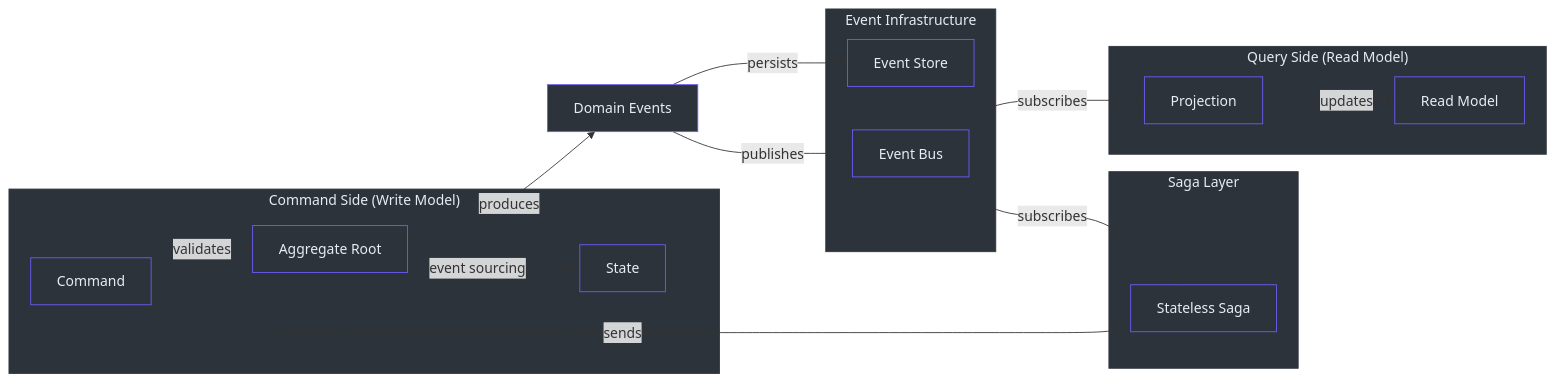
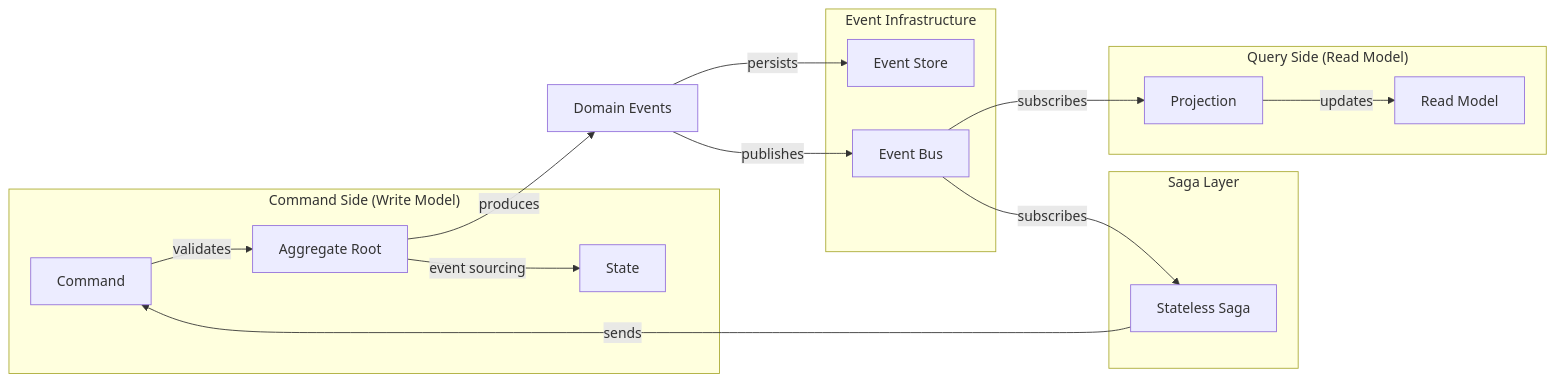
The first of 5 diagrams in documentation/docs/en/guide/core-concepts.md (Ahoo-Wang/Wow), drawn with Mermaid before and after one commit. The commit also changed 32 other files, not shown here.

Commit message:
docs: remove unsupported style/classDef directives from stateDiagram-v2 Mermaid blocks

````diff
--- a/documentation/docs/en/guide/core-concepts.md
+++ b/documentation/docs/en/guide/core-concepts.md
@@ -15,46 +15,33 @@
 ```mermaid
 graph LR
     subgraph Command_Side["Command Side (Write Model)"]
         CMD["Command"]
         AR["Aggregate Root"]
         STATE["State"]
     end
 
     subgraph Event_Layer["Event Infrastructure"]
         ES["Event Store"]
         EB["Event Bus"]
     end
 
     subgraph Query_Side["Query Side (Read Model)"]
         PROJ["Projection"]
         READ["Read Model"]
     end
 
     subgraph Saga_Layer["Saga Layer"]
         SAGA["Stateless Saga"]
     end
 
     CMD -->|validates| AR
     AR -->|produces| EVENTS["Domain Events"]
     EVENTS -->|persists| ES
     EVENTS -->|publishes| EB
     EB -->|subscribes| PROJ
     EB -->|subscribes| SAGA
     PROJ -->|updates| READ
     SAGA -->|sends| CMD
     AR -->|event sourcing| STATE
 
-    style Command_Side fill:#2d333b,stroke:#30363d,color:#e6edf3
-    style Event_Layer fill:#2d333b,stroke:#30363d,color:#e6edf3
-    style Query_Side fill:#2d333b,stroke:#30363d,color:#e6edf3
-    style Saga_Layer fill:#2d333b,stroke:#30363d,color:#e6edf3
-    style CMD fill:#2d333b,stroke:#6d5dfc,color:#e6edf3
-    style AR fill:#2d333b,stroke:#6d5dfc,color:#e6edf3
-    style STATE fill:#2d333b,stroke:#6d5dfc,color:#e6edf3
-    style ES fill:#2d333b,stroke:#6d5dfc,color:#e6edf3
-    style EB fill:#2d333b,stroke:#6d5dfc,color:#e6edf3
-    style PROJ fill:#2d333b,stroke:#6d5dfc,color:#e6edf3
-    style READ fill:#2d333b,stroke:#6d5dfc,color:#e6edf3
-    style SAGA fill:#2d333b,stroke:#6d5dfc,color:#e6edf3
-    style EVENTS fill:#2d333b,stroke:#6d5dfc,color:#e6edf3
 ```
````
